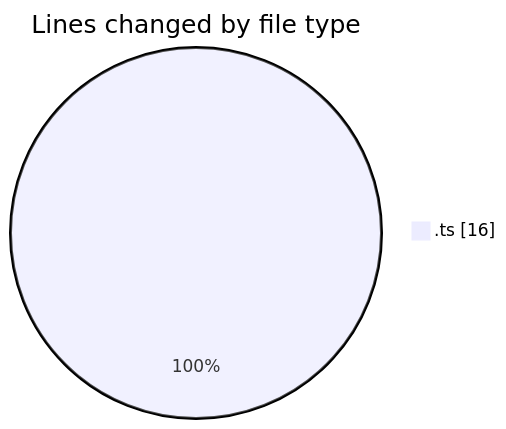
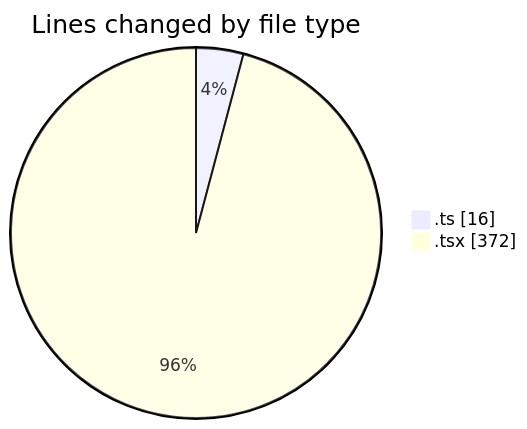
One commit to nxtqubesakshisongat/code-tracking changed the first of 2 diagrams in 2026-04-15/airfeed-analytics-dashboard/README.md. Above: the diagram before and after it, drawn with Mermaid. The commit also changed other lines of this file and 1 other file, not shown here.

````diff
--- a/2026-04-15/airfeed-analytics-dashboard/README.md
+++ b/2026-04-15/airfeed-analytics-dashboard/README.md
@@ -21,5 +25,6 @@
 ```mermaid
 pie showData
 title Lines changed by file type
 ".ts" : 16
+".tsx" : 372
 ```
````
